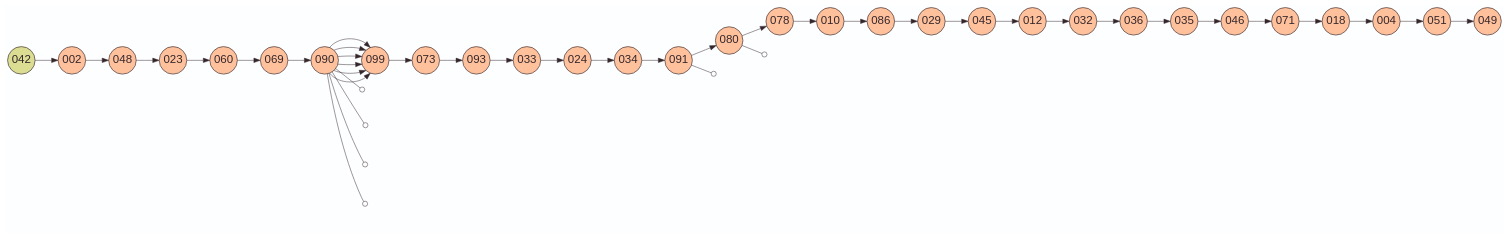
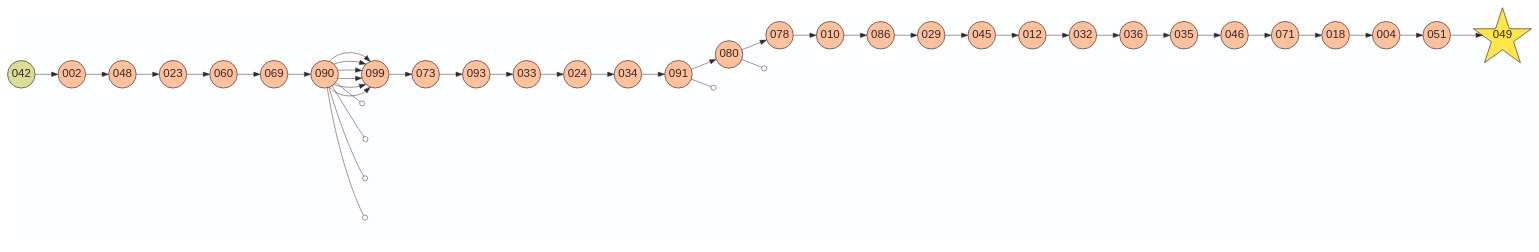
One commit to laowantong/sqlab_island changed the diagram in en/mysql/output/graph.gv. Above: the diagram before and after it, drawn with Graphviz. The commit also changed 5 other files, not shown here.

Commit message:
improve generated graphs

```diff
--- a/en/mysql/output/graph.gv
+++ b/en/mysql/output/graph.gv
@@ -1,79 +1,79 @@
 digraph G {
     layout=dot
   rankdir=LR
     bgcolor="#FDFEFF"
     edge [color="#34262B" penwidth=0.75]
     node [
         shape=star
         fixedsize=true
         width=0.3
         height=0.3
         fillcolor="#FEE548"
         color="#34262B"
         fontcolor="#34262B"
         fontsize=18
         penwidth=1
         style=filled
         label=""
     ]
     
     node [
         width=1.2
         height=1.2
         fontname=Helvetica
         label="\N"
     ]
-    
+    049
     node [
         width=0.6
         height=0.6
         shape=circle
         fillcolor="#FFC19C"
     ]
     002 048 023 060 069 090 099 099 099 099 099 099 073 093 033 024 034 091 080 078 010 086 029 045 012 032 036 035 046 071 018 004 051 049
     node [fillcolor="#DBDE92"]
     
     042 -> 002
     002 -> 048
     048 -> 023
     023 -> 060
     060 -> 069
     069 -> 090
     090 -> 099
     090 -> 099
     090 -> 099
     090 -> 099
     090 -> 099
     090 -> 099
     099 -> 073
     073 -> 093
     093 -> 033
     033 -> 024
     024 -> 034
     034 -> 091
     091 -> 080
     080 -> 078
     078 -> 010
     010 -> 086
     086 -> 029
     029 -> 045
     045 -> 012
     012 -> 032
     032 -> 036
     036 -> 035
     035 -> 046
     046 -> 071
     071 -> 018
     018 -> 004
     004 -> 051
     051 -> 049
     node [style=invisible label=""]
     29293607320320 28697173935421 28094084689710 27493202200923 24919761524173 28691699637667
     edge [arrowhead=odot]
     090 -> 29293607320320
     090 -> 28697173935421
     090 -> 28094084689710
     090 -> 27493202200923
     091 -> 24919761524173
     080 -> 28691699637667
 }
```
